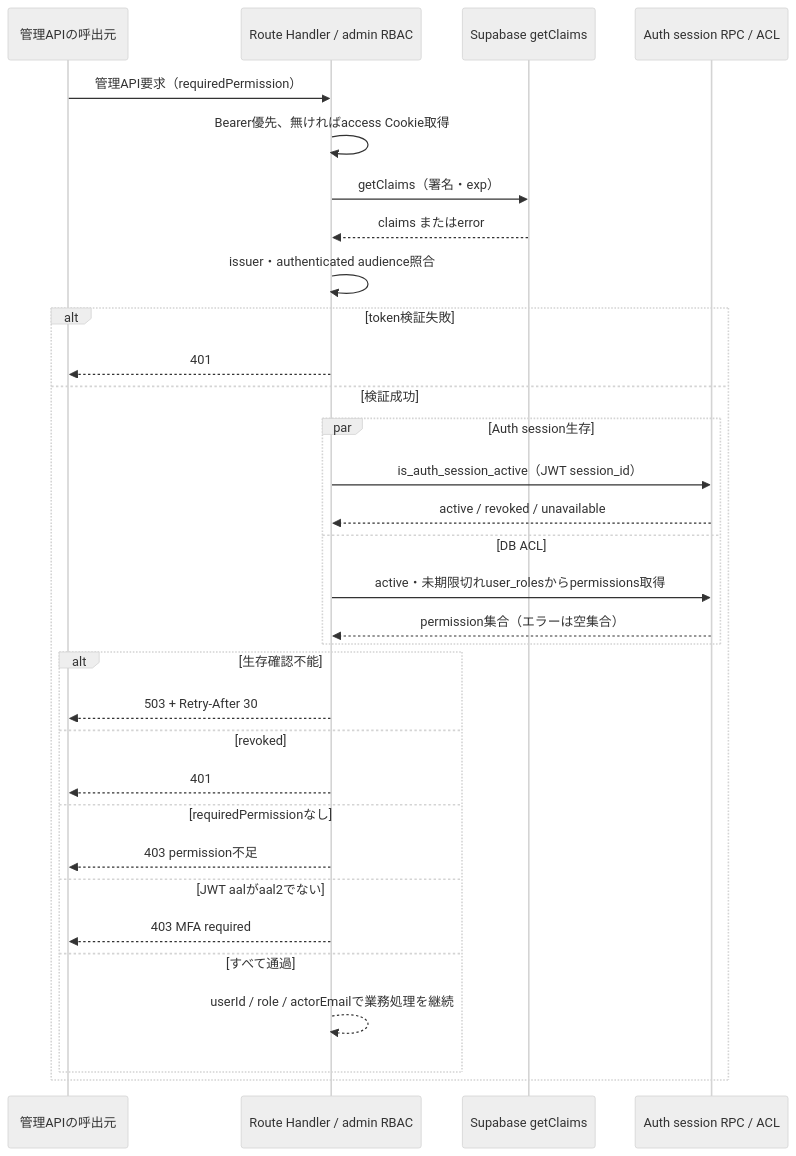
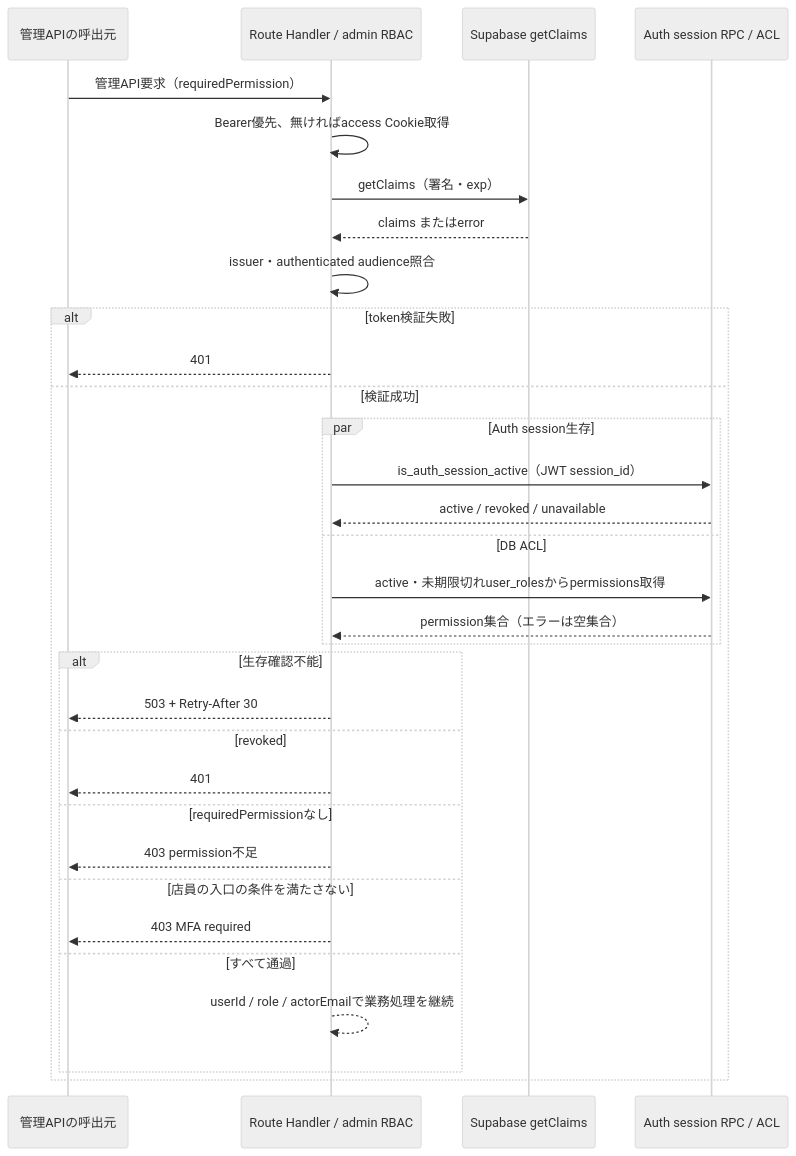
The fourth of 4 diagrams in docs/04_DetailDesign/sequence/auth-session.md (ChocoWork/o_official), drawn with Mermaid (neutral theme) before and after one commit. The commit also changed other lines of this file and 15 other files, not shown here.

````diff
--- a/docs/04_DetailDesign/sequence/auth-session.md
+++ b/docs/04_DetailDesign/sequence/auth-session.md
@@ -179,34 +179,34 @@
 ```mermaid
 sequenceDiagram
   participant Caller as 管理APIの呼出元
   participant API as Route Handler / admin RBAC
   participant JWT as Supabase getClaims
   participant DB as Auth session RPC / ACL
   Caller->>API: 管理API要求（requiredPermission）
   API->>API: Bearer優先、無ければaccess Cookie取得
   API->>JWT: getClaims（署名・exp）
   JWT-->>API: claims またはerror
   API->>API: issuer・authenticated audience照合
   alt token検証失敗
     API-->>Caller: 401
   else 検証成功
     par Auth session生存
       API->>DB: is_auth_session_active（JWT session_id）
       DB-->>API: active / revoked / unavailable
     and DB ACL
       API->>DB: active・未期限切れuser_rolesからpermissions取得
       DB-->>API: permission集合（エラーは空集合）
     end
     alt 生存確認不能
       API-->>Caller: 503 + Retry-After 30
     else revoked
       API-->>Caller: 401
     else requiredPermissionなし
       API-->>Caller: 403 permission不足
-    else JWT aalがaal2でない
+    else 店員の入口の条件を満たさない
       API-->>Caller: 403 MFA required
     else すべて通過
       API-->>API: userId / role / actorEmailで業務処理を継続
     end
   end
 ```
````
